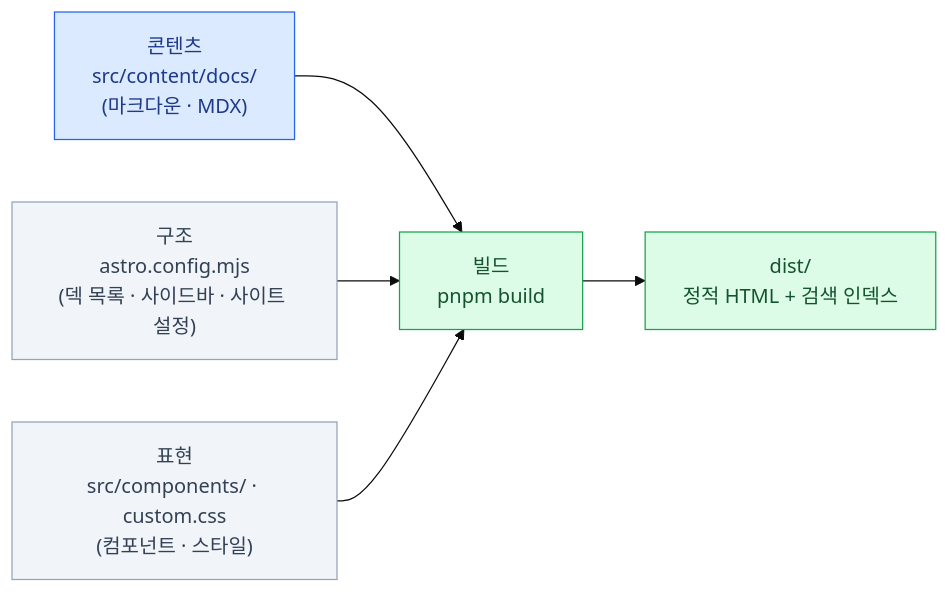
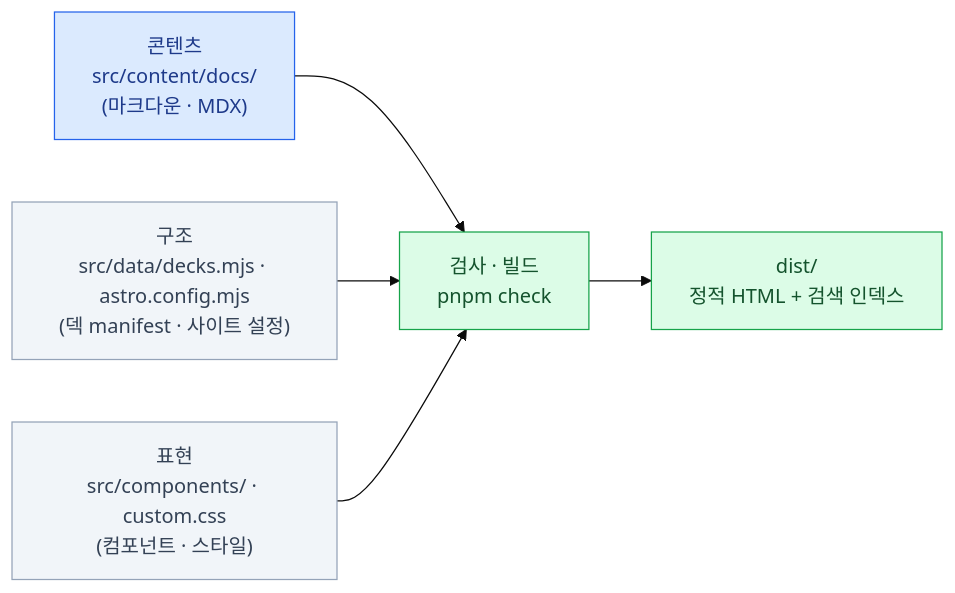
The diagram in src/content/docs/starlight/00-intro.mdx (mechurak/study-starlight), drawn with Mermaid (base theme) before and after one commit. The commit also changed other lines of this file and 171 other files, not shown here.

````diff
--- a/src/content/docs/starlight/00-intro.mdx
+++ b/src/content/docs/starlight/00-intro.mdx
@@ -89,14 +89,14 @@
 ```mermaid
 flowchart LR
-    C["콘텐츠<br/>src/content/docs/<br/>(마크다운 · MDX)"] --> B["빌드<br/>pnpm build"]
-    S["구조<br/>astro.config.mjs<br/>(덱 목록 · 사이드바 · 사이트 설정)"] --> B
+    C["콘텐츠<br/>src/content/docs/<br/>(마크다운 · MDX)"] --> B["검사 · 빌드<br/>pnpm check"]
+    S["구조<br/>src/data/decks.mjs · astro.config.mjs<br/>(덱 manifest · 사이트 설정)"] --> B
     P["표현<br/>src/components/ · custom.css<br/>(컴포넌트 · 스타일)"] --> B
     B --> D["dist/<br/>정적 HTML + 검색 인덱스"]
 
     classDef key  fill:#dbeafe,stroke:#2563eb,color:#1e3a8a
     classDef mute fill:#f1f5f9,stroke:#94a3b8,color:#334155
     classDef ok   fill:#dcfce7,stroke:#16a34a,color:#14532d
     class C key
     class S,P mute
     class B,D ok
 ```
````
